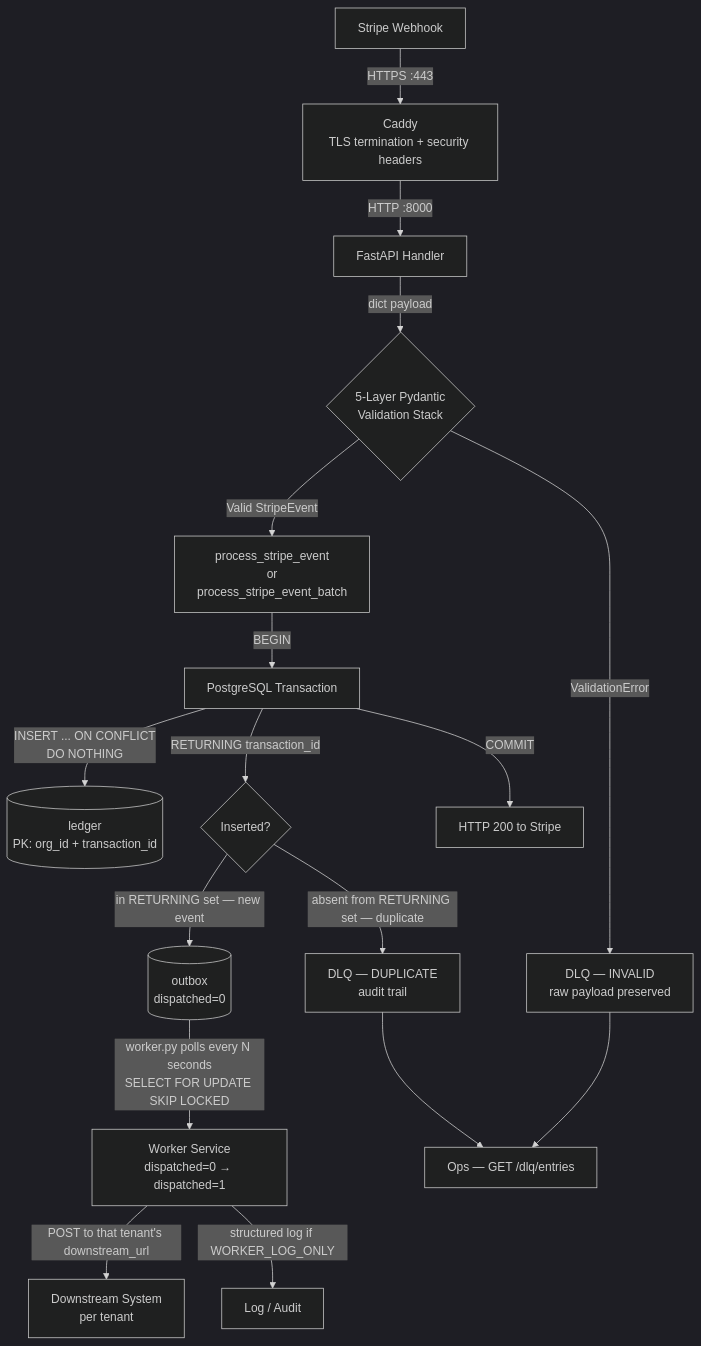
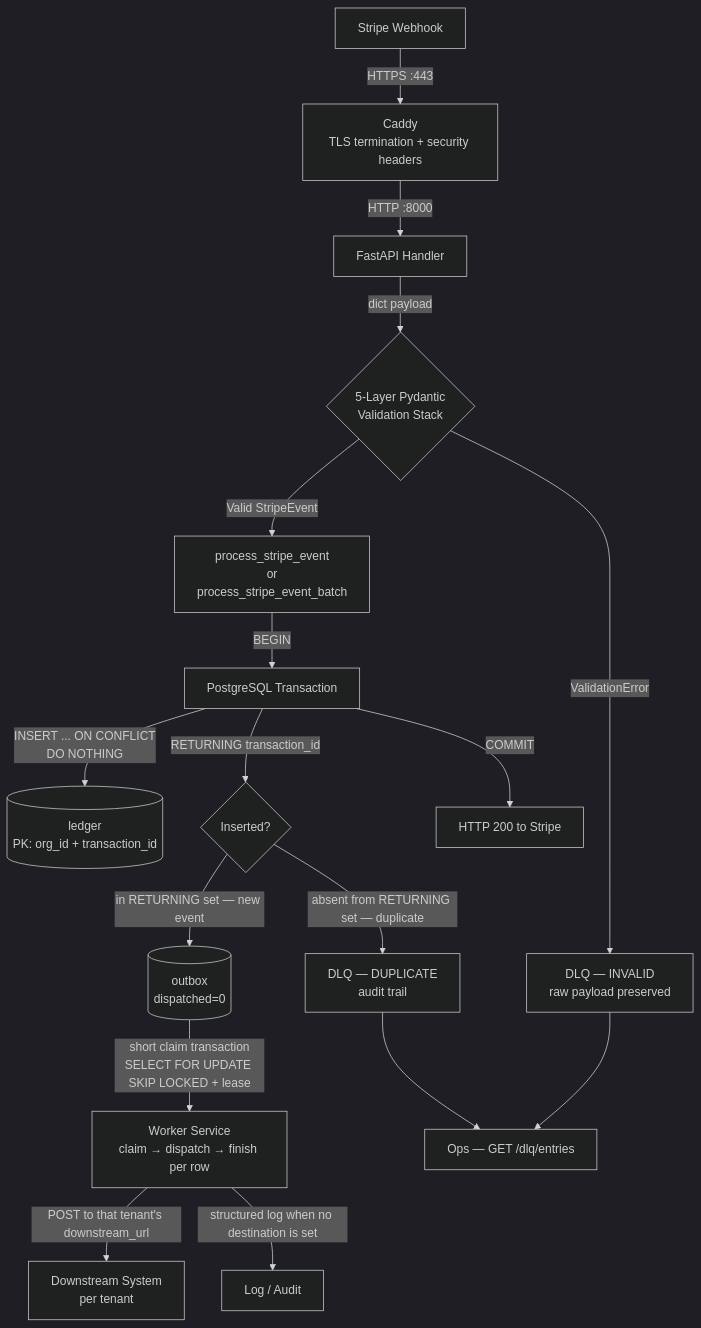
One commit to DDRG15/micro-billing-ledger-poc changed the diagram in README.md. Above: the diagram before and after it, drawn with Mermaid (dark theme). The commit also changed other lines of this file and 1 other file, not shown here.

````diff
--- a/README.md
+++ b/README.md
@@ -139,26 +139,26 @@
 ```mermaid
 flowchart TD
     S[Stripe Webhook] -->|HTTPS :443| CA[Caddy\nTLS termination + security headers]
     CA -->|HTTP :8000| H[FastAPI Handler]
     H -->|dict payload| V{5-Layer Pydantic\nValidation Stack}
 
     V -->|ValidationError| DI[DLQ — INVALID\nraw payload preserved]
     V -->|Valid StripeEvent| P[process_stripe_event\nor\nprocess_stripe_event_batch]
 
     P -->|BEGIN| TX[PostgreSQL Transaction]
     TX -->|INSERT ... ON CONFLICT\nDO NOTHING| L[(ledger\nPK: org_id + transaction_id)]
     TX -->|RETURNING transaction_id| R{Inserted?}
 
     R -->|in RETURNING set — new event| O[(outbox\ndispatched=0)]
     R -->|absent from RETURNING set — duplicate| DD[DLQ — DUPLICATE\naudit trail]
 
     TX -->|COMMIT| C[HTTP 200 to Stripe]
 
-    O -->|worker.py polls every N seconds\nSELECT FOR UPDATE SKIP LOCKED| W[Worker Service\ndispatched=0 → dispatched=1]
+    O -->|short claim transaction\nSELECT FOR UPDATE SKIP LOCKED + lease| W[Worker Service\nclaim → dispatch → finish per row]
     W -->|POST to that tenant's downstream_url| DS[Downstream System
 per tenant]
-    W -->|structured log if WORKER_LOG_ONLY| LOG[Log / Audit]
+    W -->|structured log when no destination is set| LOG[Log / Audit]
 
     DI --> OPS[Ops — GET /dlq/entries]
     DD --> OPS
 ```
````
